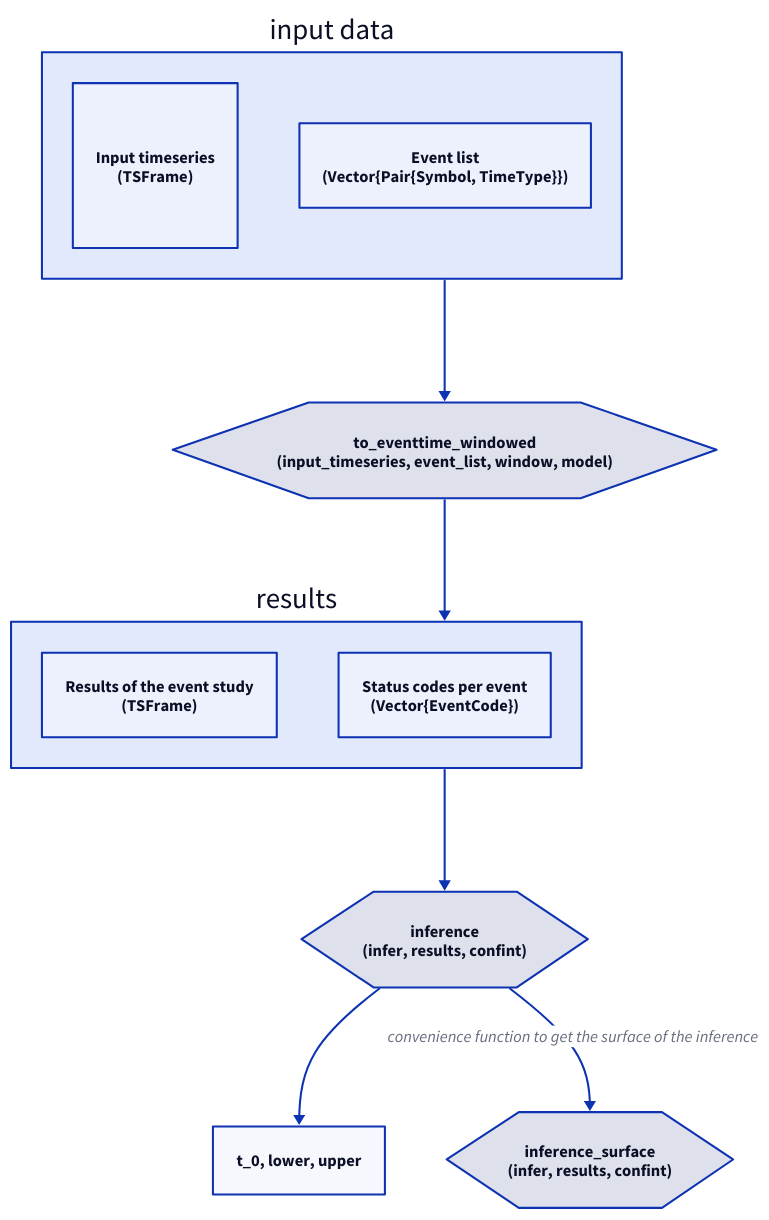
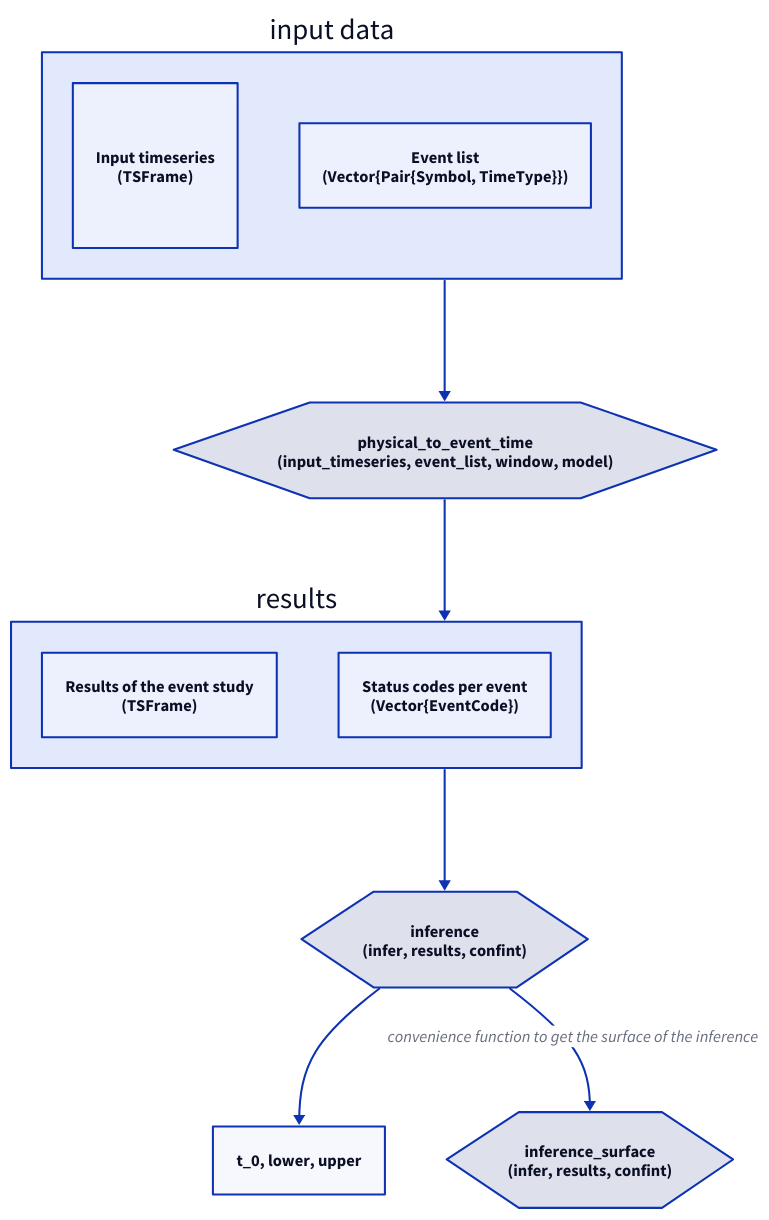
Before and after one commit to xKDR/EventStudies.jl: the diagram in docs/assets/control_flow.d2, drawn with D2. The commit also changed 4 other files, not shown here.

```diff
--- a/docs/assets/control_flow.d2
+++ b/docs/assets/control_flow.d2
@@ -1,47 +1,47 @@
 input data
 
 input data.ts: Input timeseries\n(TSFrame)
 input data.ts.shape: square
 
 input data.event list: Event list\n(Vector\{Pair\{Symbol, TimeType\}\})
 input data.event list.shape: rectangle
 
-to_eventtime_windowed: to_eventtime_windowed\n(input_timeseries, event_list, window, model)
+to_eventtime_windowed: physical_to_event_time\n(input_timeseries, event_list, window, model)
 to_eventtime_windowed.shape: hexagon
 
 input data -> to_eventtime_windowed
 
 # to_eventtime_windowed parameters: |md
 #   ## Parameters
 #     - `window`: Window size (can be an integer or a vector-like of integers (range, vector))
 #     - `model`: A decorrelation model.  Can be any subtype of `AbstractEventStudyModel`.
 # | {
 #   near: to_eventtime_windowed
 # }
 
 results
 
 results.event_ts: Results of the event study\n(TSFrame)
 results.retcodes: Status codes per event\n(Vector\{EventCode\})
 
 to_eventtime_windowed -> results
 
 inference: inference\n(infer, results, confint)
 inference.shape: hexagon
 
 results -> inference
 
 tlu: t_0, lower, upper
 
 inference -> tlu
 
 inference_surface: inference_surface\n(infer, results, confint)
 inference_surface.shape: hexagon
 inference -> inference_surface: convenience function to get the surface of the inference
 
 # inference parameters: |md
 #   ## Parameters
 #     - `infer`: An inference specification.  Can be conventional inference, one of the many types of bootstrap inference, or Wilcoxson inference.
 # | {
 #   near: inference
 # }
```
